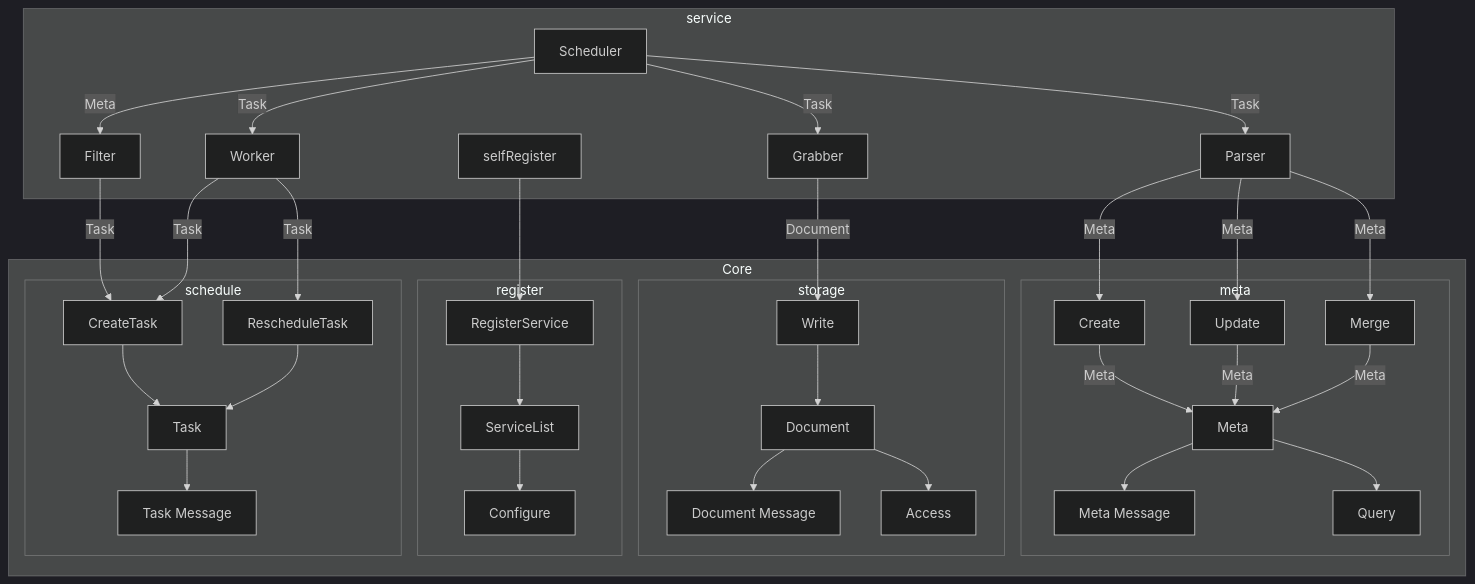
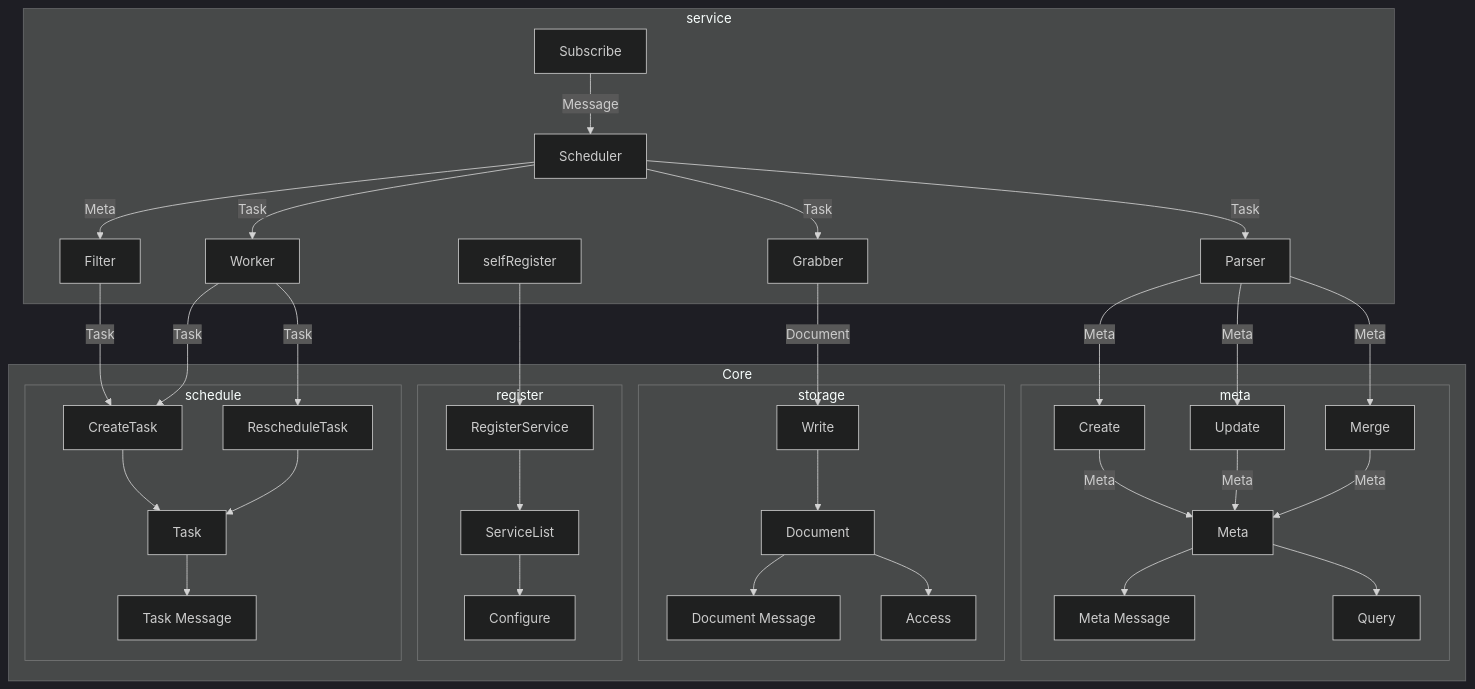
Before and after one commit to Sciuromorpha/Documents: the second of 2 diagrams in Design/System Design.v2.md, drawn with Mermaid (dark theme).

Commit message:
Add Subscribe back.

````diff
--- a/Design/System Design.v2.md
+++ b/Design/System Design.v2.md
@@ -35,35 +35,35 @@
 ```mermaid
 graph TD
   subgraph Core
     subgraph meta
         Create--Meta-->Meta-->MetaMessage[Meta Message]
         Update--Meta-->Meta
         Merge--Meta-->Meta
         Meta-->Query
     end
     subgraph storage
         Write-->Document-->DocumentMessage[Document Message]
         Document-->Access
     end
     subgraph register
         RegisterService-->ServiceList-->Configure
     end
     subgraph schedule
         CreateTask-->Task-->TaskMessage[Task Message]
         RescheduleTask-->Task
     end
   end
   subgraph service
     selfRegister-->RegisterService
-    Scheduler--Meta-->Filter--Task-->CreateTask
+    Subscribe--Message-->Scheduler--Meta-->Filter--Task-->CreateTask
     Scheduler--Task-->Grabber
     Scheduler--Task-->Parser
     Scheduler--Task-->Worker
     Parser--Meta-->Create
     Parser--Meta-->Update
     Parser--Meta-->Merge
     Worker--Task-->CreateTask
     Worker--Task-->RescheduleTask
     Grabber--Document-->Write
   end
 ```
````
